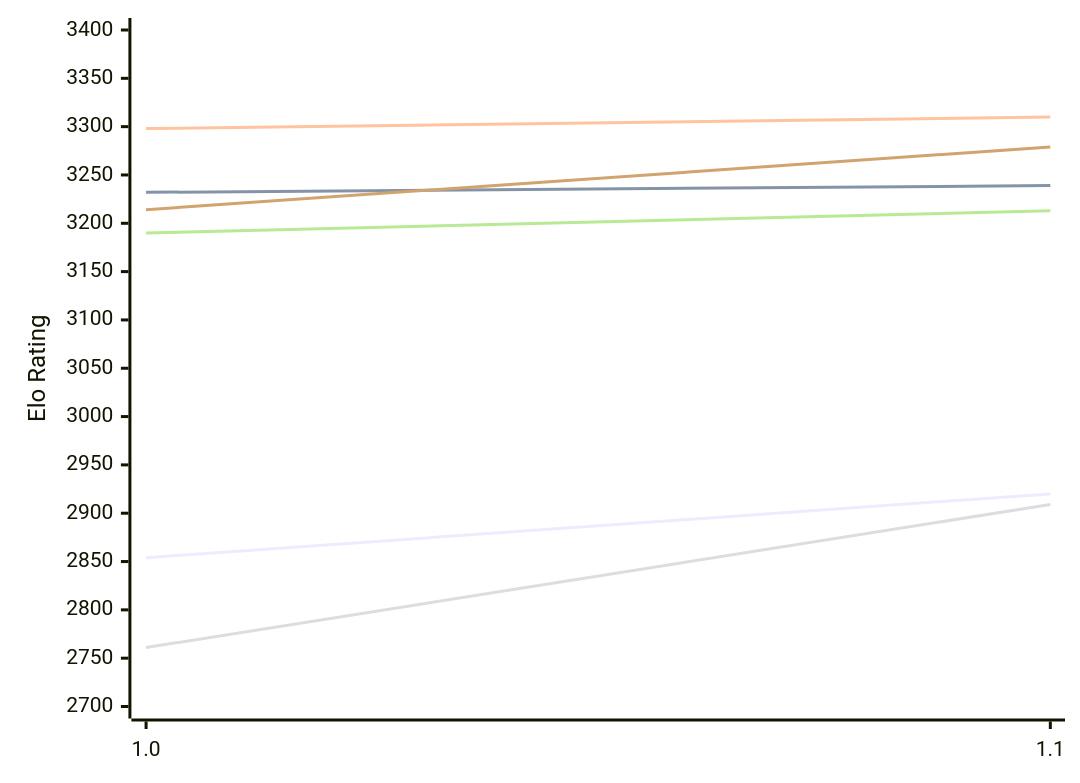
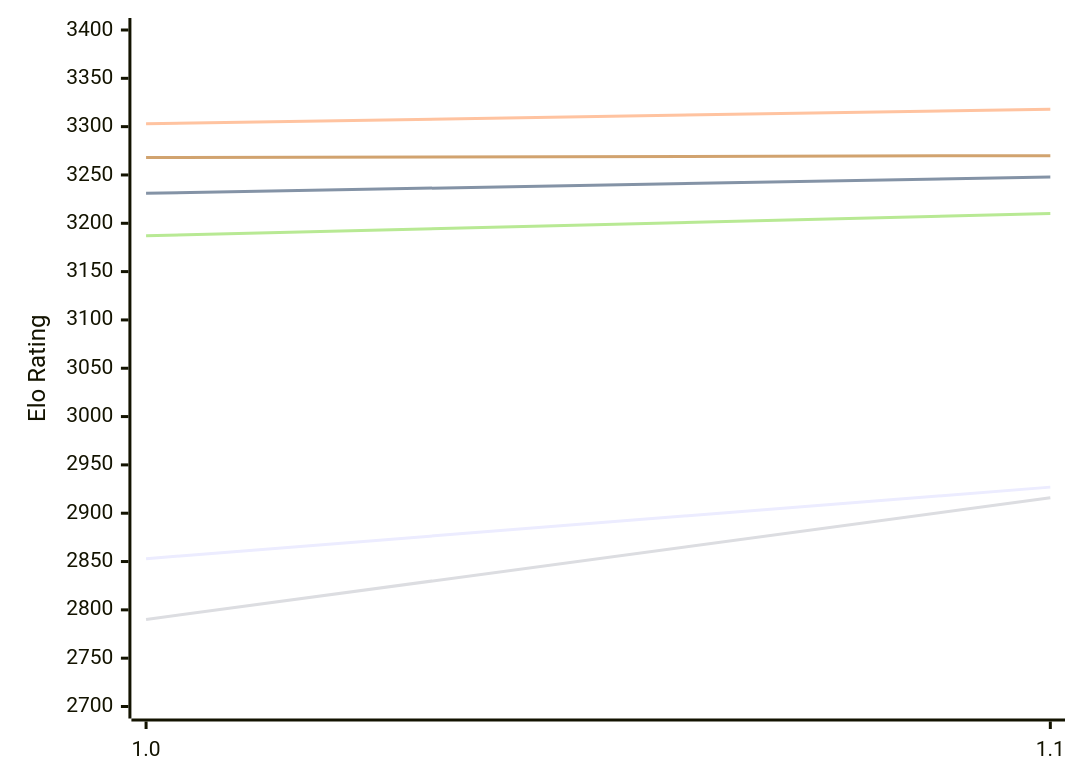
Before and after one commit to computer-chess-index/cci: the first of 2 diagrams in engines/RodentV.md, drawn with Mermaid. The commit also changed other lines of this file, not shown here.

Commit message:
Update CCI Ratings (ELO VLTC) - 2026-11-16

````diff
--- a/engines/RodentV.md
+++ b/engines/RodentV.md
@@ -50,12 +50,12 @@
 ```mermaid
 %%{init: {"theme":"base","themeVariables":{"seriesColors:['#a3a3a3','#222221','#faa371']}}}%%
 xychart-beta
   x-axis ["1.0", "1.1"]
   y-axis "Elo Rating" 2700 --> 3400
-  line "E1: STC (8.0+0.08s)" [2854, 2920]
-  line "E1: LTC (60.0+0.60s)" [3232, 3239]
-  line "E1: VLTC (2m24s+1.12s)" [3298, 3310]
-  line "P1: STC (8.0+0.08s)" [2761, 2909]
-  line "P1: LTC (60.0+0.60s)" [3190, 3213]
-  line "P1: VLTC (2m24s+1.12s)" [3214, 3279]
+  line "E1: STC (8.0+0.08s)" [2853, 2927]
+  line "E1: LTC (60.0+0.60s)" [3231, 3248]
+  line "E1: VLTC (2m24s+1.12s)" [3303, 3318]
+  line "P1: STC (8.0+0.08s)" [2790, 2916]
+  line "P1: LTC (60.0+0.60s)" [3187, 3210]
+  line "P1: VLTC (2m24s+1.12s)" [3268, 3270]
 ```
````
